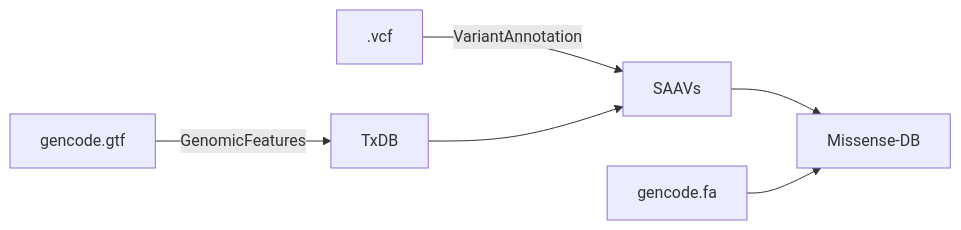
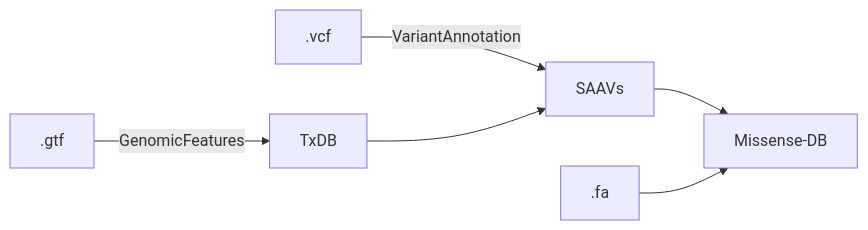
Before and after one commit to hdesai17/chemoproteogenomics: the diagram in README.md, drawn with Mermaid.

````diff
--- a/README.md
+++ b/README.md
@@ -19,8 +19,8 @@
 ```mermaid
 flowchart LR;
    .vcf-->|VariantAnnotation|SAAVs;
    TxDB -->SAAVs;
-   gencode.gtf-->|GenomicFeatures|TxDB;
+   .gtf-->|GenomicFeatures|TxDB;
    SAAVs-->Missense-DB;
-   gencode.fa-->Missense-DB;
+   .fa-->Missense-DB;
 ```
````
